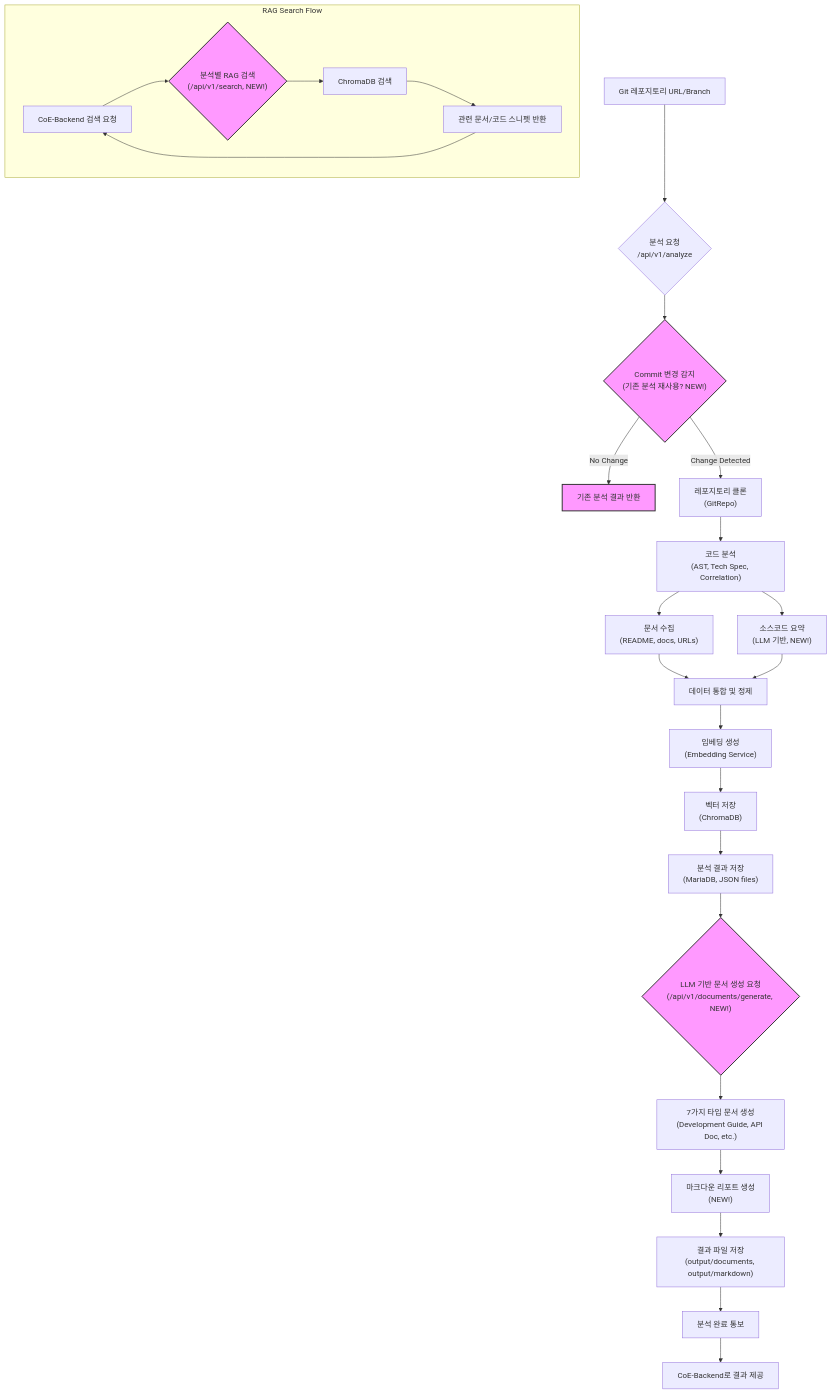
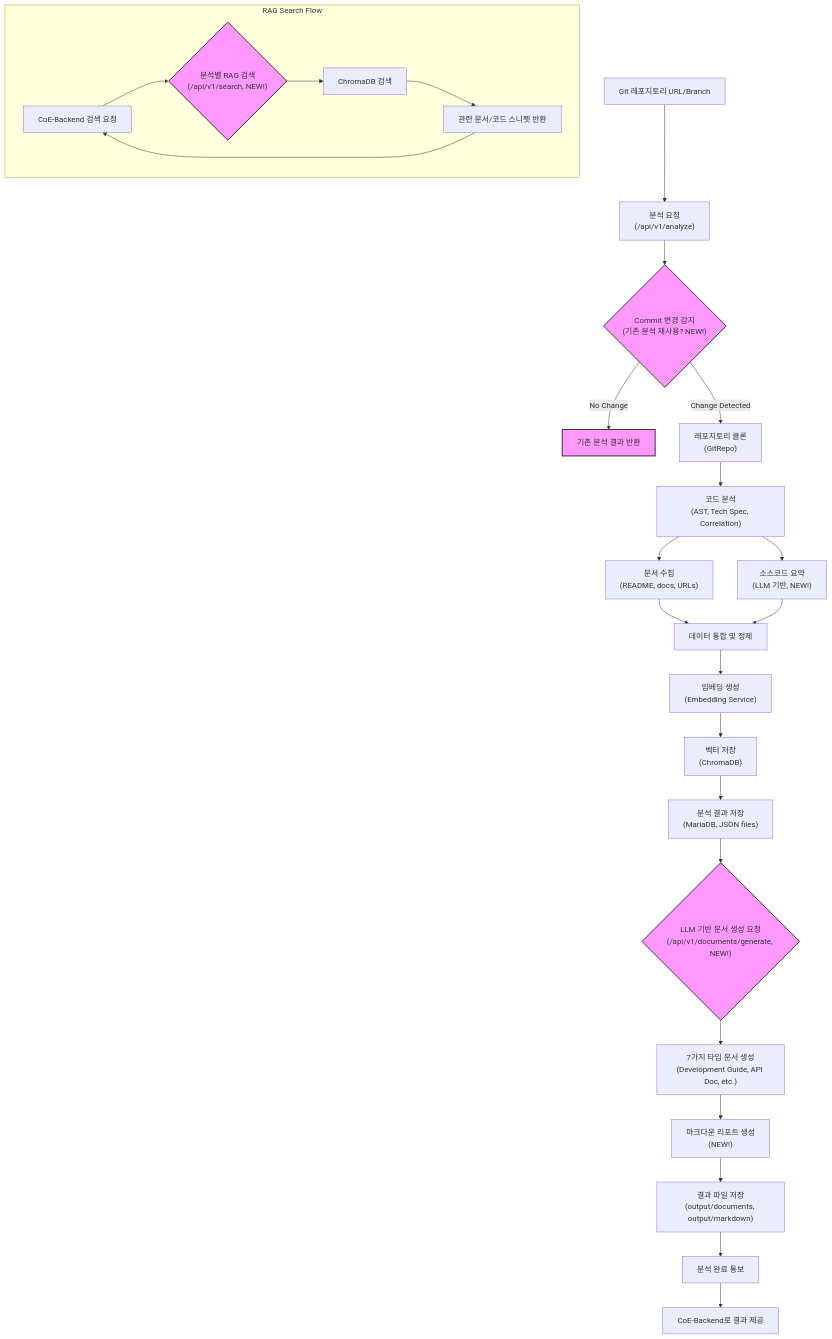
The second of 5 diagrams in 통합 설계.md (ep-code-box/CoE), drawn with Mermaid before and after one commit.

Commit message:
뭘 또 바꼈네

````diff
--- a/통합 설계.md
+++ b/통합 설계.md
@@ -102,33 +102,32 @@
 ```mermaid
 graph TD
-    A[Git 레포지토리 URL/Branch] --> B{분석 요청
-/api/v1/analyze}
+    A[Git 레포지토리 URL/Branch] --> B["분석 요청<br>(/api/v1/analyze)"]
     B --> C{"Commit 변경 감지<br>(기존 분석 재사용? NEW!)"};
     C -- "No Change" --> D[기존 분석 결과 반환];
     C -- "Change Detected" --> E["레포지토리 클론<br>(GitRepo)"];
     E --> F["코드 분석<br>(AST, Tech Spec, Correlation)"];
     F --> G["문서 수집<br>(README, docs, URLs)"];
     F --> H["소스코드 요약<br>(LLM 기반, NEW!)"];
     G & H --> I[데이터 통합 및 정제];
     I --> J["임베딩 생성<br>(Embedding Service)"];
     J --> K["벡터 저장<br>(ChromaDB)"];
     K --> L["분석 결과 저장<br>(MariaDB, JSON files)"];
     L --> M{"LLM 기반 문서 생성 요청<br>(/api/v1/documents/generate, NEW!)"};
     M --> N["7가지 타입 문서 생성<br>(Development Guide, API Doc, etc.)"];
     N --> O["마크다운 리포트 생성<br>(NEW!)"];
     O --> P["결과 파일 저장<br>(output/documents, output/markdown)"];
     P --> Q[분석 완료 통보];
     Q --> R[CoE-Backend로 결과 제공];
     
     subgraph RAG Search Flow
         S[CoE-Backend 검색 요청] --> T{"분석별 RAG 검색<br>(/api/v1/search, NEW!)"};
         T --> U[ChromaDB 검색];
         U --> V[관련 문서/코드 스니펫 반환];
         V --> S;
     end
 
     style D fill:#f9f,stroke:#333,stroke-width:2px
     style C fill:#f9f,stroke:#333,stroke-width:2px
     style M fill:#f9f,stroke:#333,stroke-width:2px
     style T fill:#f9f,stroke:#333,stroke-width:2px
 ```
````
